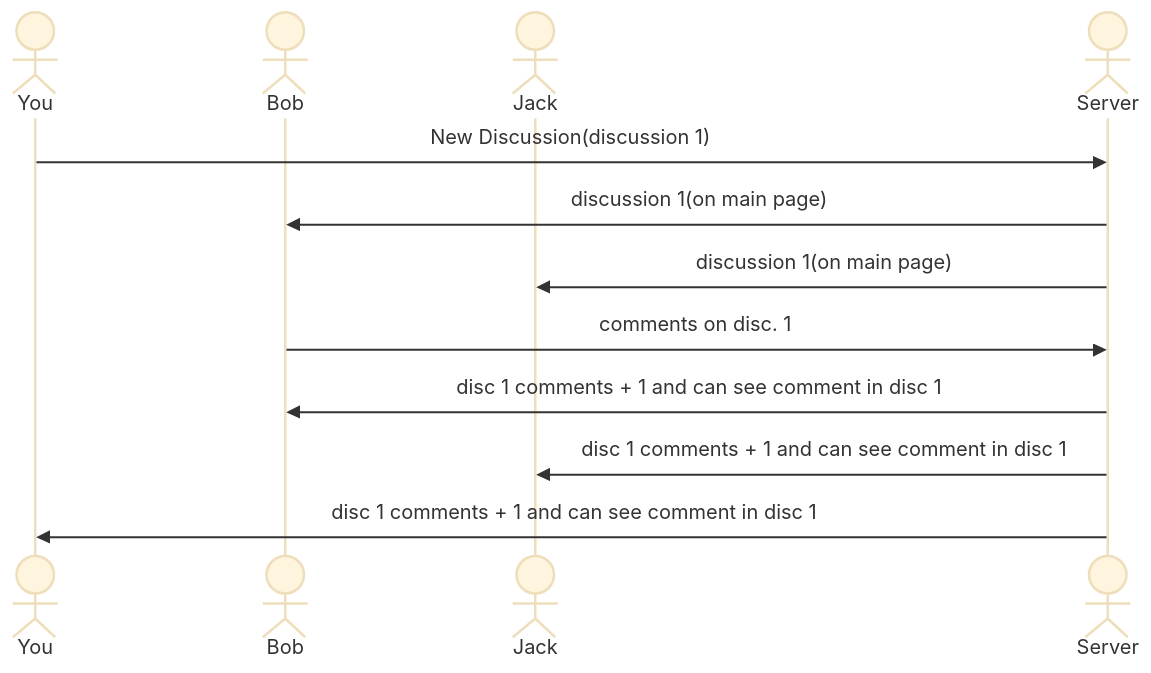
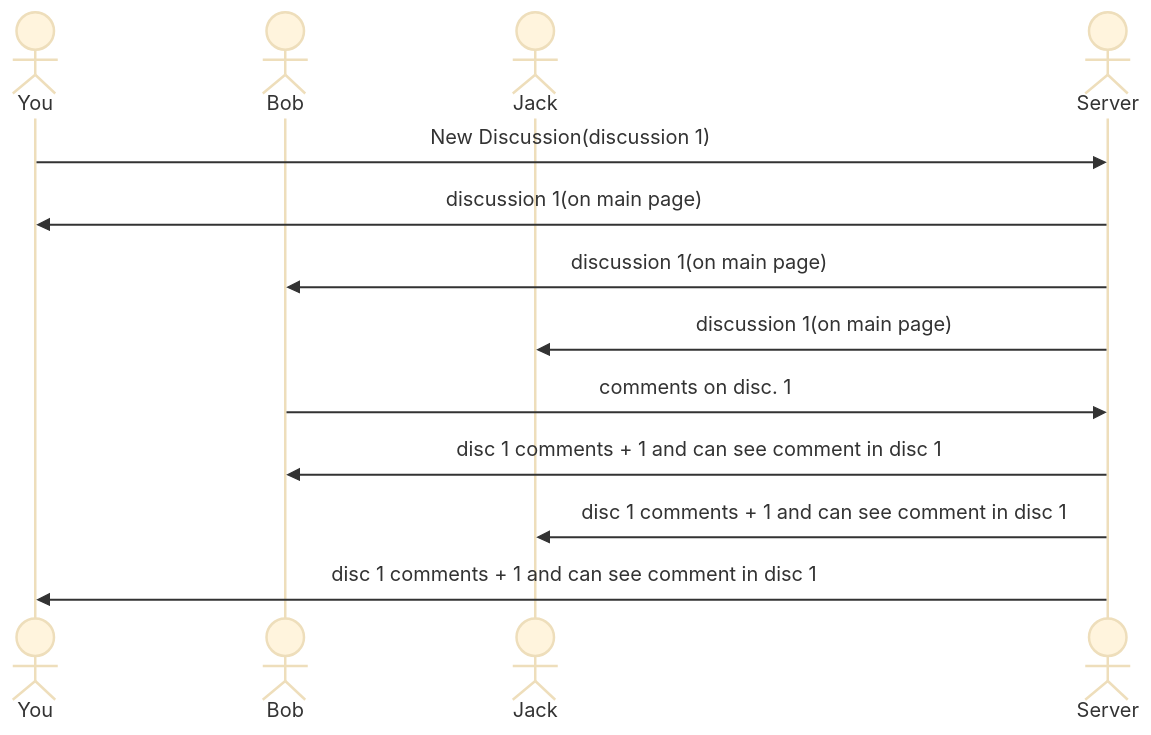
One commit to maxman010101/startup changed the diagram in README.md. Above: the diagram before and after it, drawn with Mermaid (base theme).

````diff
--- a/README.md
+++ b/README.md
@@ -36,16 +36,17 @@
 ```mermaid
 sequenceDiagram
     actor You
     actor Bob
     actor Jack
     actor Server
     You->>Server: New Discussion(discussion 1)
+    Server->>You: discussion 1(on main page)
     Server->>Bob: discussion 1(on main page)
     Server->>Jack: discussion 1(on main page)
     Bob->>Server: comments on disc. 1
     Server->>Bob: disc 1 comments + 1 and can see comment in disc 1
     Server->>Jack: disc 1 comments + 1 and can see comment in disc 1
     Server->>You: disc 1 comments + 1 and can see comment in disc 1
 
 
 ```
````
